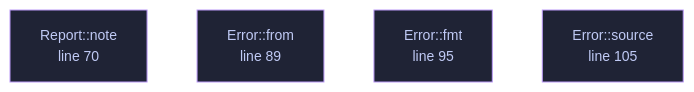
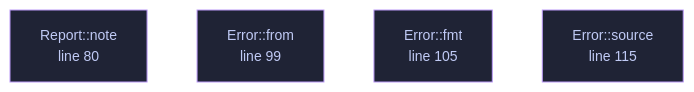
The diagram in wiki/File-veilvoice-meta-lib.md (tilas01/veilvoice), drawn with Mermaid before and after one commit. The commit also changed other lines of this file and 182 other files, not shown here.

````diff
--- a/wiki/File-veilvoice-meta-lib.md
+++ b/wiki/File-veilvoice-meta-lib.md
@@ -69,14 +80,14 @@
 ```mermaid
 %%{init: {"theme":"base","themeVariables":{"background":"#1a1b26","primaryColor":"#1f2335","primaryTextColor":"#c0caf5","primaryBorderColor":"#7aa2f7","secondaryColor":"#16161e","tertiaryColor":"#16161e","lineColor":"#737aa2","textColor":"#c0caf5","mainBkg":"#1f2335","nodeBorder":"#7aa2f7","clusterBkg":"#16161e","clusterBorder":"#2f3549","fontFamily":"ui-monospace, SFMono-Regular, Consolas, monospace","fontSize":"14px"}}}%%
 flowchart TD
-    n_note["Report::note<br/>line 70"]
-    n_from["Error::from<br/>line 89"]
-    n_fmt["Error::fmt<br/>line 95"]
-    n_source["Error::source<br/>line 105"]
-    click n_note href "https://github.com/tilas01/veilvoice/blob/main/crates/veilvoice-meta/src/lib.rs#L70" "open the source"
-    click n_from href "https://github.com/tilas01/veilvoice/blob/main/crates/veilvoice-meta/src/lib.rs#L89" "open the source"
-    click n_fmt href "https://github.com/tilas01/veilvoice/blob/main/crates/veilvoice-meta/src/lib.rs#L95" "open the source"
-    click n_source href "https://github.com/tilas01/veilvoice/blob/main/crates/veilvoice-meta/src/lib.rs#L105" "open the source"
+    n_note["Report::note<br/>line 80"]
+    n_from["Error::from<br/>line 99"]
+    n_fmt["Error::fmt<br/>line 105"]
+    n_source["Error::source<br/>line 115"]
+    click n_note href "https://github.com/tilas01/veilvoice/blob/main/crates/veilvoice-meta/src/lib.rs#L80" "open the source"
+    click n_from href "https://github.com/tilas01/veilvoice/blob/main/crates/veilvoice-meta/src/lib.rs#L99" "open the source"
+    click n_fmt href "https://github.com/tilas01/veilvoice/blob/main/crates/veilvoice-meta/src/lib.rs#L105" "open the source"
+    click n_source href "https://github.com/tilas01/veilvoice/blob/main/crates/veilvoice-meta/src/lib.rs#L115" "open the source"
     classDef helper fill:#1f2335,stroke:#bb9af7,color:#c0caf5
     class n_note,n_from,n_fmt,n_source helper
 ```
````
